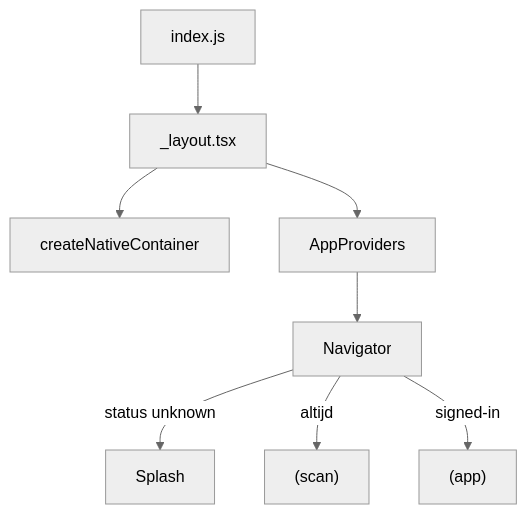
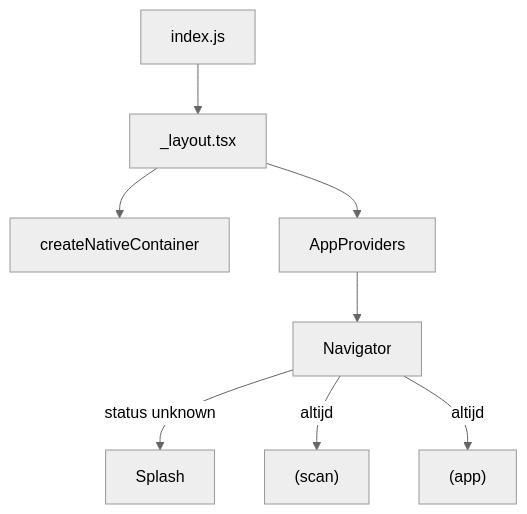
The diagram in docs/wiki/overzicht.md (crfarber/occa-app), drawn with Mermaid (neutral theme) before and after one commit. The commit also changed other lines of this file and 32 other files, not shown here.

````diff
--- a/docs/wiki/overzicht.md
+++ b/docs/wiki/overzicht.md
@@ -18,10 +18,10 @@
 ```mermaid
 flowchart TD
   start[index.js] --> layout["_layout.tsx"]
   layout --> container[createNativeContainer]
   layout --> providers[AppProviders]
   providers --> nav[Navigator]
   nav -->|status unknown| splash[Splash]
   nav -->|altijd| scan["(scan)"]
-  nav -->|signed-in| app["(app)"]
+  nav -->|altijd| app["(app)"]
 ```
````
